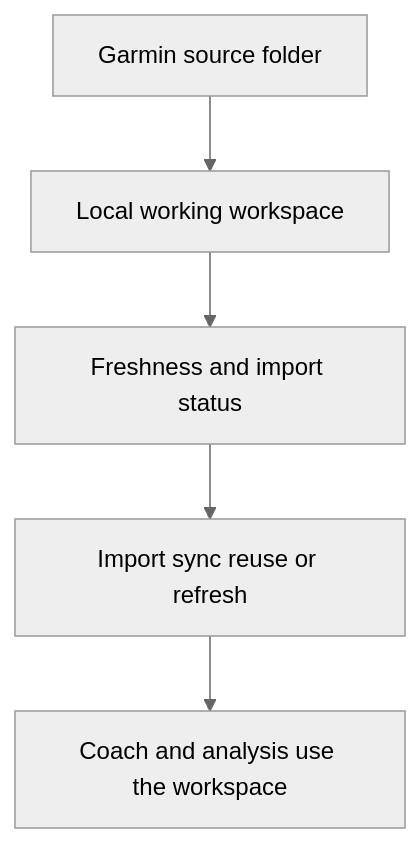
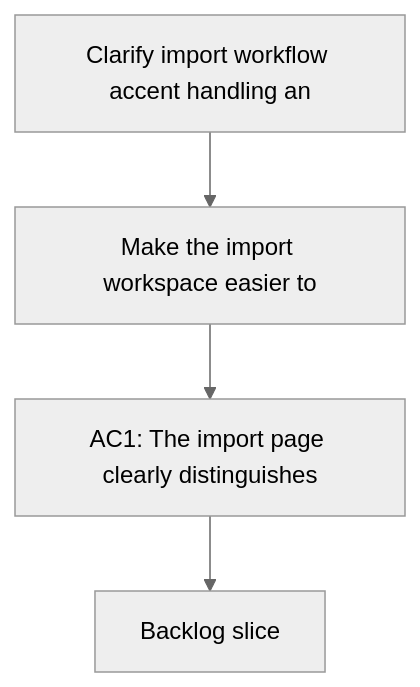
The diagram in logics/request/req_012_clarify_import_workflow_accent_handling_and_refresh_actions.md (Jilanos/Coach_garmin), drawn with Mermaid (neutral theme) before and after one commit. The commit also changed other lines of this file and 86 other files, not shown here.

Commit message:
Harden chart UX and UTF-8 handling

````diff
--- a/logics/request/req_012_clarify_import_workflow_accent_handling_and_refresh_actions.md
+++ b/logics/request/req_012_clarify_import_workflow_accent_handling_and_refresh_actions.md
@@ -40,9 +40,8 @@
 ```mermaid
 %% logics-kind: request
 %% logics-signature: request|clarify-import-workflow-accent-handling-|make-the-import-workspace-easier-to|ac1-the-import-page-clearly-distinguishe
 flowchart TD
-    Source[Garmin source folder] --> Workspace[Local working workspace]
-    Workspace --> Status[Freshness and import status]
-    Status --> Actions[Import sync reuse or refresh]
-    Actions --> Coach[Coach and analysis use the workspace]
+    Trigger[Clarify import workflow accent handling an] --> Need[Make the import workspace easier to]
+    Need --> Outcome[AC1: The import page clearly distinguishes]
+    Outcome --> Backlog[Backlog slice]
 ```
````
